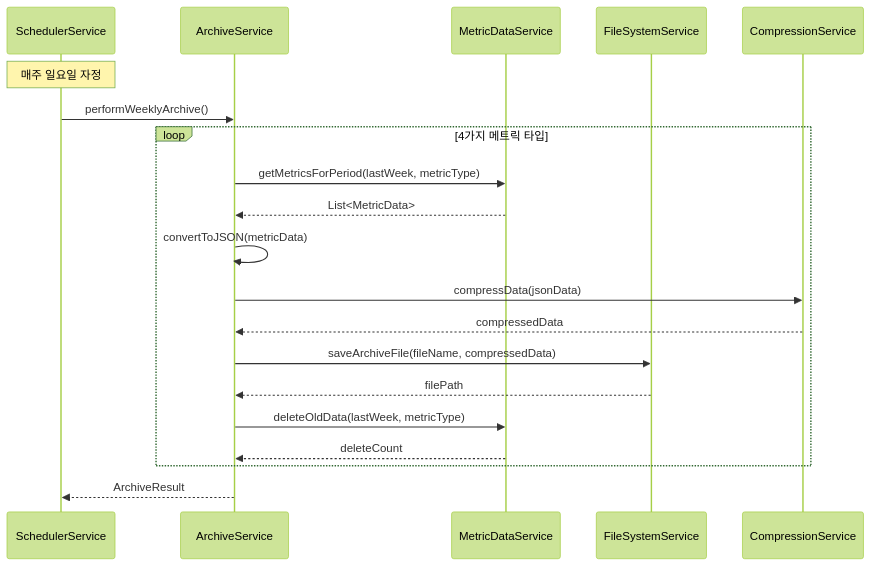
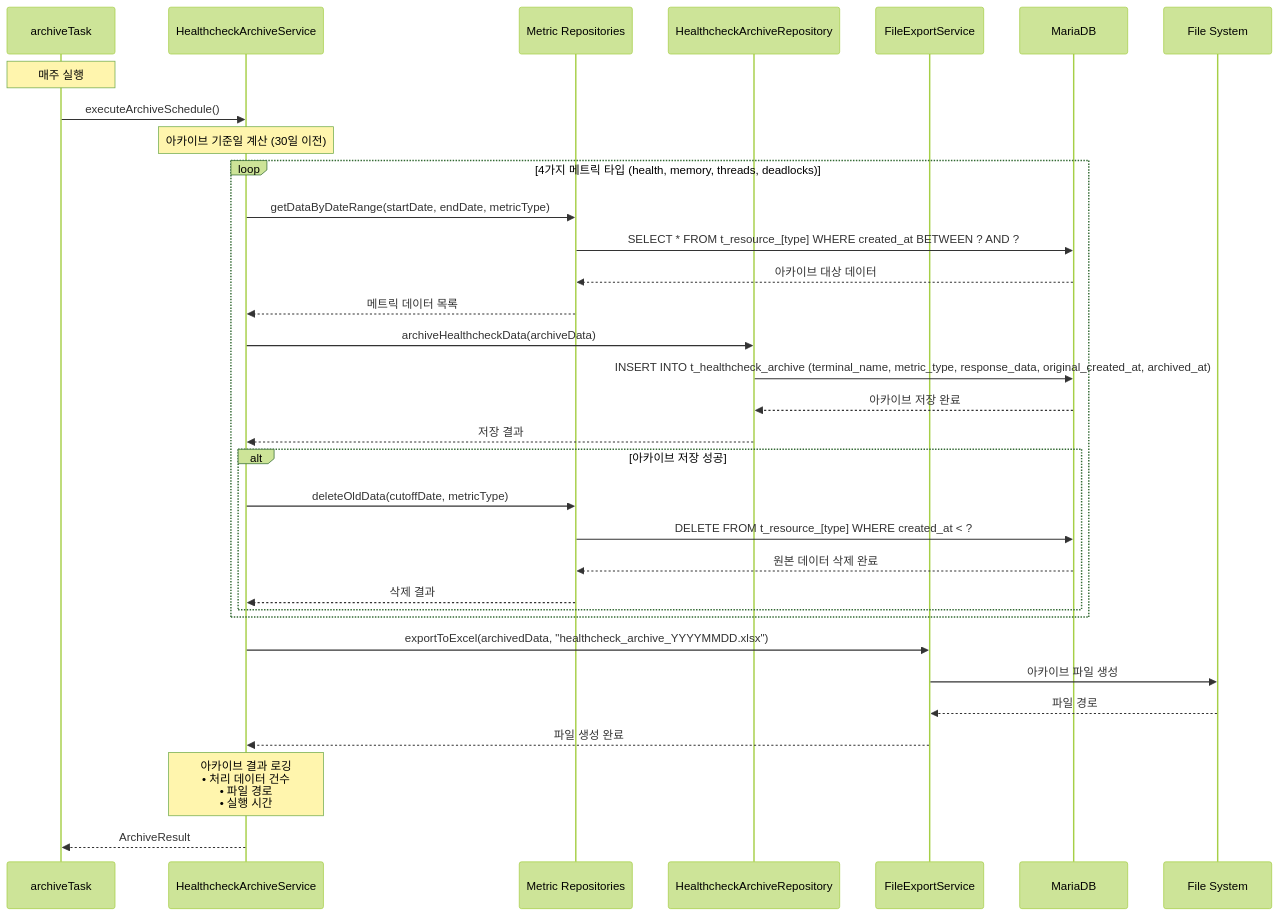
The third of 4 diagrams in 무제112.md (leedg92/Obsidian), drawn with Mermaid (forest theme) before and after one commit. The commit also changed other lines of this file, not shown here.

````diff
--- a/무제112.md
+++ b/무제112.md
@@ -178,28 +312,43 @@
 ```mermaid
 sequenceDiagram
-    participant Scheduler as SchedulerService
-    participant Archive as ArchiveService
-    participant MetricData as MetricDataService
-    participant FileSystem as FileSystemService
-    participant Compression as CompressionService
+    participant Scheduler as archiveTask
+    participant ArchiveSvc as HealthcheckArchiveService
+    participant Repositories as Metric Repositories
+    participant ArchiveRepo as HealthcheckArchiveRepository
+    participant FileExport as FileExportService
+    participant DB as MariaDB
+    participant FileSystem as File System
 
-    Note over Scheduler: 매주 일요일 자정
-    Scheduler->>Archive: performWeeklyArchive()
+    Note over Scheduler: 매주 실행
+    Scheduler->>ArchiveSvc: executeArchiveSchedule()
     
-    loop 4가지 메트릭 타입
-        Archive->>MetricData: getMetricsForPeriod(lastWeek, metricType)
-        MetricData-->>Archive: List<MetricData>
+    Note over ArchiveSvc: 아카이브 기준일 계산 (30일 이전)
+    
+    loop 4가지 메트릭 타입 (health, memory, threads, deadlocks)
+        ArchiveSvc->>Repositories: getDataByDateRange(startDate, endDate, metricType)
+        Repositories->>DB: SELECT * FROM t_resource_[type] WHERE created_at BETWEEN ? AND ?
+        DB-->>Repositories: 아카이브 대상 데이터
+        Repositories-->>ArchiveSvc: 메트릭 데이터 목록
         
-        Archive->>Archive: convertToJSON(metricData)
-        Archive->>Compression: compressData(jsonData)
-        Compression-->>Archive: compressedData
+        ArchiveSvc->>ArchiveRepo: archiveHealthcheckData(archiveData)
+        ArchiveRepo->>DB: INSERT INTO t_healthcheck_archive (terminal_name, metric_type, response_data, original_created_at, archived_at)
+        DB-->>ArchiveRepo: 아카이브 저장 완료
+        ArchiveRepo-->>ArchiveSvc: 저장 결과
         
-        Archive->>FileSystem: saveArchiveFile(fileName, compressedData)
-        FileSystem-->>Archive: filePath
-        
-        Archive->>MetricData: deleteOldData(lastWeek, metricType)
-        MetricData-->>Archive: deleteCount
+        alt 아카이브 저장 성공
+            ArchiveSvc->>Repositories: deleteOldData(cutoffDate, metricType)
+            Repositories->>DB: DELETE FROM t_resource_[type] WHERE created_at < ?
+            DB-->>Repositories: 원본 데이터 삭제 완료
+            Repositories-->>ArchiveSvc: 삭제 결과
+        end
     end
     
-    Archive-->>Scheduler: ArchiveResult
+    ArchiveSvc->>FileExport: exportToExcel(archivedData, "healthcheck_archive_YYYYMMDD.xlsx")
+    FileExport->>FileSystem: 아카이브 파일 생성
+    FileSystem-->>FileExport: 파일 경로
+    FileExport-->>ArchiveSvc: 파일 생성 완료
+    
+    Note over ArchiveSvc: 아카이브 결과 로깅<br/>• 처리 데이터 건수<br/>• 파일 경로<br/>• 실행 시간
+    
+    ArchiveSvc-->>Scheduler: ArchiveResult
 ```
````
